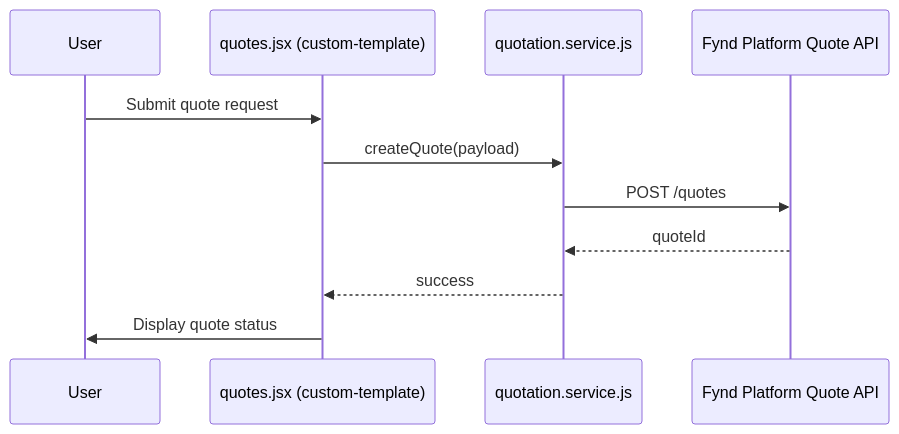
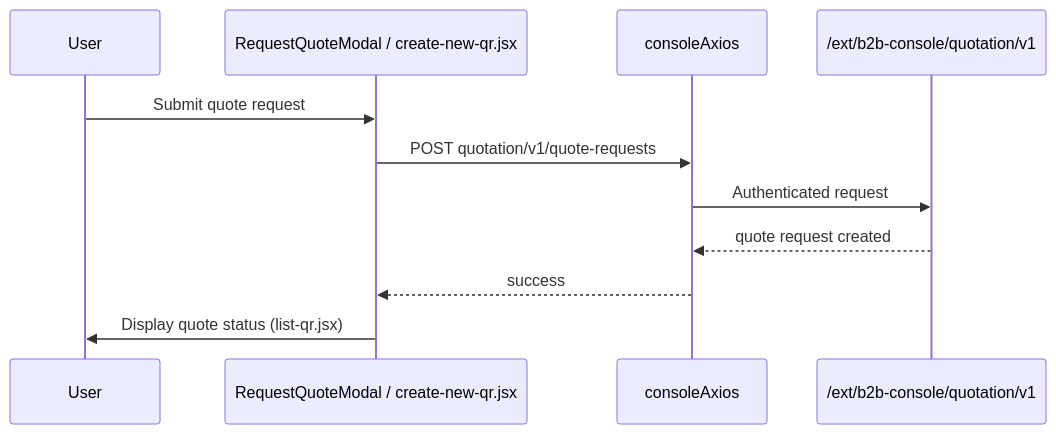
One commit to hetdevx/b2b-market-place-docs changed the fourth of 4 diagrams in docs/02-architecture/data-flow.md. Above: the diagram before and after it, drawn with Mermaid. The commit also changed other lines of this file and 154 other files, not shown here.

````diff
--- a/docs/02-architecture/data-flow.md
+++ b/docs/02-architecture/data-flow.md
@@ -73,14 +81,14 @@
 ```mermaid
 sequenceDiagram
     participant User
-    participant QuotePage as quotes.jsx (custom-template)
-    participant Service as quotation.service.js
-    participant API as Fynd Platform Quote API
+    participant QuoteUI as RequestQuoteModal / create-new-qr.jsx
+    participant Axios as consoleAxios
+    participant API as /ext/b2b-console/quotation/v1
 
-    User->>QuotePage: Submit quote request
-    QuotePage->>Service: createQuote(payload)
-    Service->>API: POST /quotes
-    API-->>Service: quoteId
-    Service-->>QuotePage: success
-    QuotePage->>User: Display quote status
+    User->>QuoteUI: Submit quote request
+    QuoteUI->>Axios: POST quotation/v1/quote-requests
+    Axios->>API: Authenticated request
+    API-->>Axios: quote request created
+    Axios-->>QuoteUI: success
+    QuoteUI->>User: Display quote status (list-qr.jsx)
 ```
````
